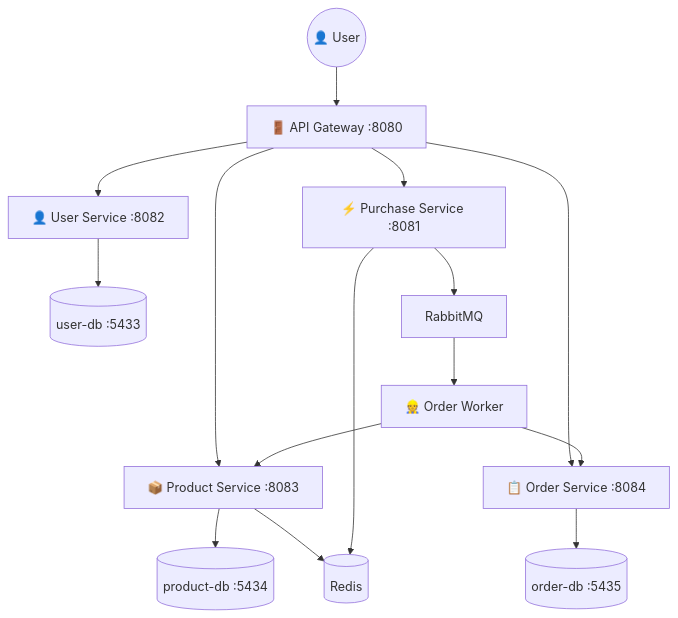
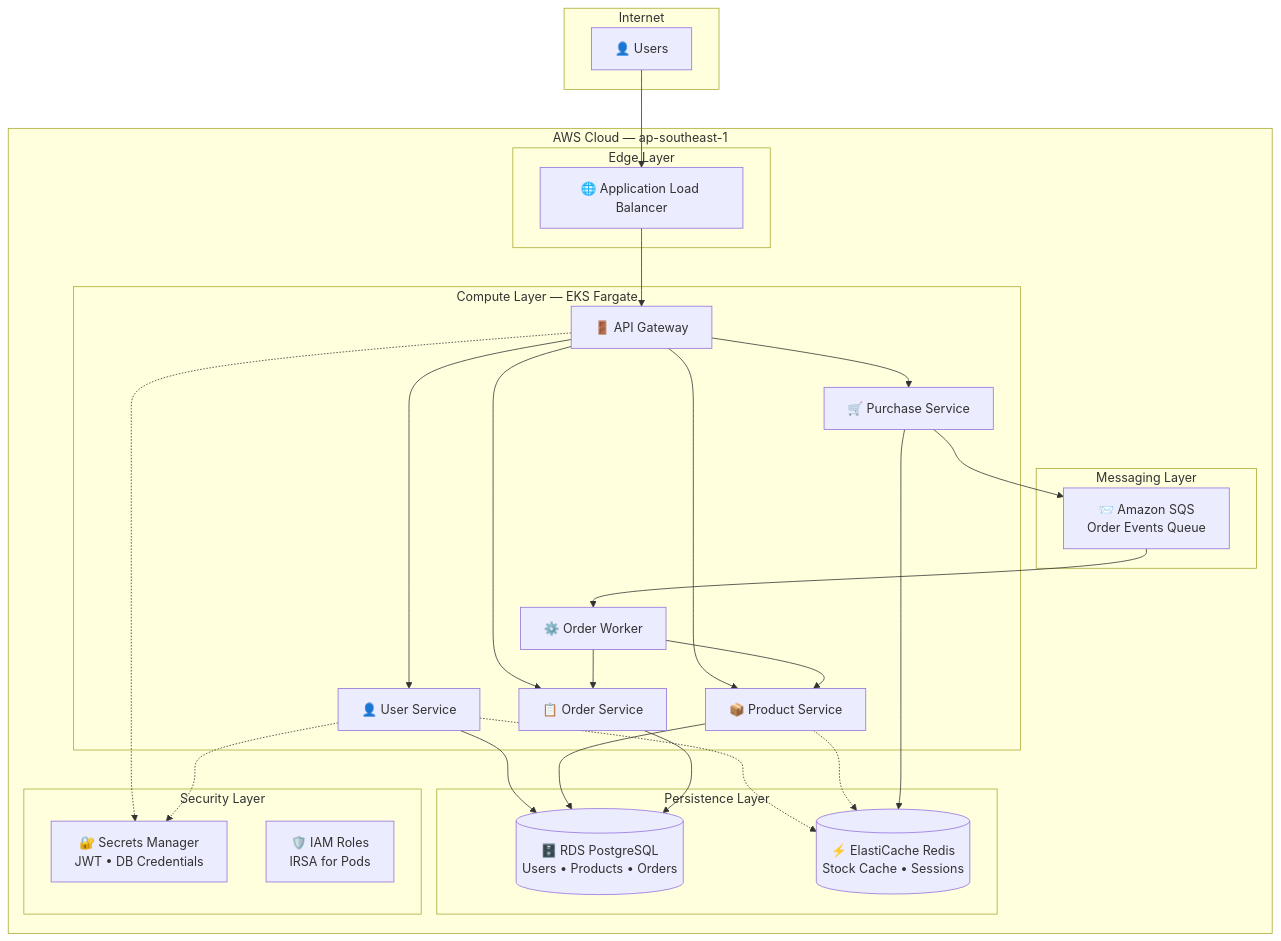
One commit to albert4183r7/Flash-Sale-Engine changed the first of 2 diagrams in README.md. Above: the diagram before and after it, drawn with Mermaid. The commit also changed other lines of this file and 72 other files, not shown here.

````diff
--- a/README.md
+++ b/README.md
@@ -50,19 +7,58 @@
 ```mermaid
-graph TD
-    User((👤 User)) --> AG[🚪 API Gateway :8080]
-    
-    AG --> US[👤 User Service :8082]
-    AG --> ProdS[📦 Product Service :8083]
-    AG --> OS[📋 Order Service :8084]
-    AG --> PS[⚡ Purchase Service :8081]
-    
-    US --> UserDB[(user-db :5433)]
-    ProdS --> ProductDB[(product-db :5434)]
-    OS --> OrderDB[(order-db :5435)]
-    ProdS --> Redis[(Redis)]
-    PS --> Redis
-    PS --> RMQ[RabbitMQ]
-    RMQ --> OW[👷 Order Worker]
+flowchart TB
+    subgraph Internet
+        User[👤 Users]
+    end
+
+    subgraph AWS["AWS Cloud — ap-southeast-1"]
+        subgraph Edge["Edge Layer"]
+            ALB[🌐 Application Load Balancer]
+        end
+
+        subgraph Compute["Compute Layer — EKS Fargate"]
+            AG[🚪 API Gateway]
+            US[👤 User Service]
+            PS[📦 Product Service]
+            OS[📋 Order Service]
+            PUR[🛒 Purchase Service]
+            OW[⚙️ Order Worker]
+        end
+
+        subgraph Messaging["Messaging Layer"]
+            SQS[📨 Amazon SQS<br/>Order Events Queue]
+        end
+
+        subgraph Persistence["Persistence Layer"]
+            RDS[(🗄️ RDS PostgreSQL<br/>Users • Products • Orders)]
+            REDIS[(⚡ ElastiCache Redis<br/>Stock Cache • Sessions)]
+        end
+
+        subgraph Security["Security Layer"]
+            SM[🔐 Secrets Manager<br/>JWT • DB Credentials]
+            IAM[🛡️ IAM Roles<br/>IRSA for Pods]
+        end
+    end
+
+    User --> ALB
+    ALB --> AG
+
+    AG --> US
+    AG --> PS
+    AG --> OS
+    AG --> PUR
+
+    US --> RDS
+    US -.-> REDIS
+    PS --> RDS
+    PS -.-> REDIS
+    OS --> RDS
+
+    PUR --> REDIS
+    PUR --> SQS
+    SQS --> OW
     OW --> OS
-    OW --> ProdS
+    OW --> PS
+
+    AG -.-> SM
+    US -.-> SM
 ```
````
